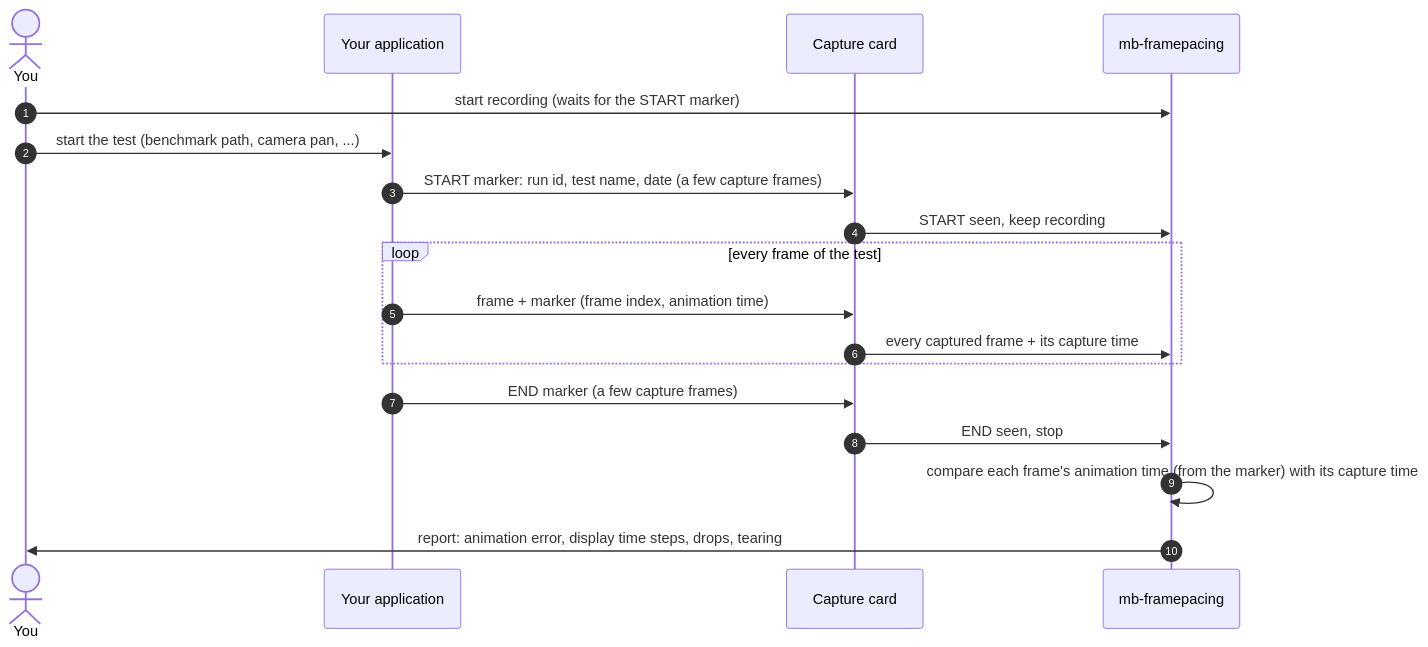
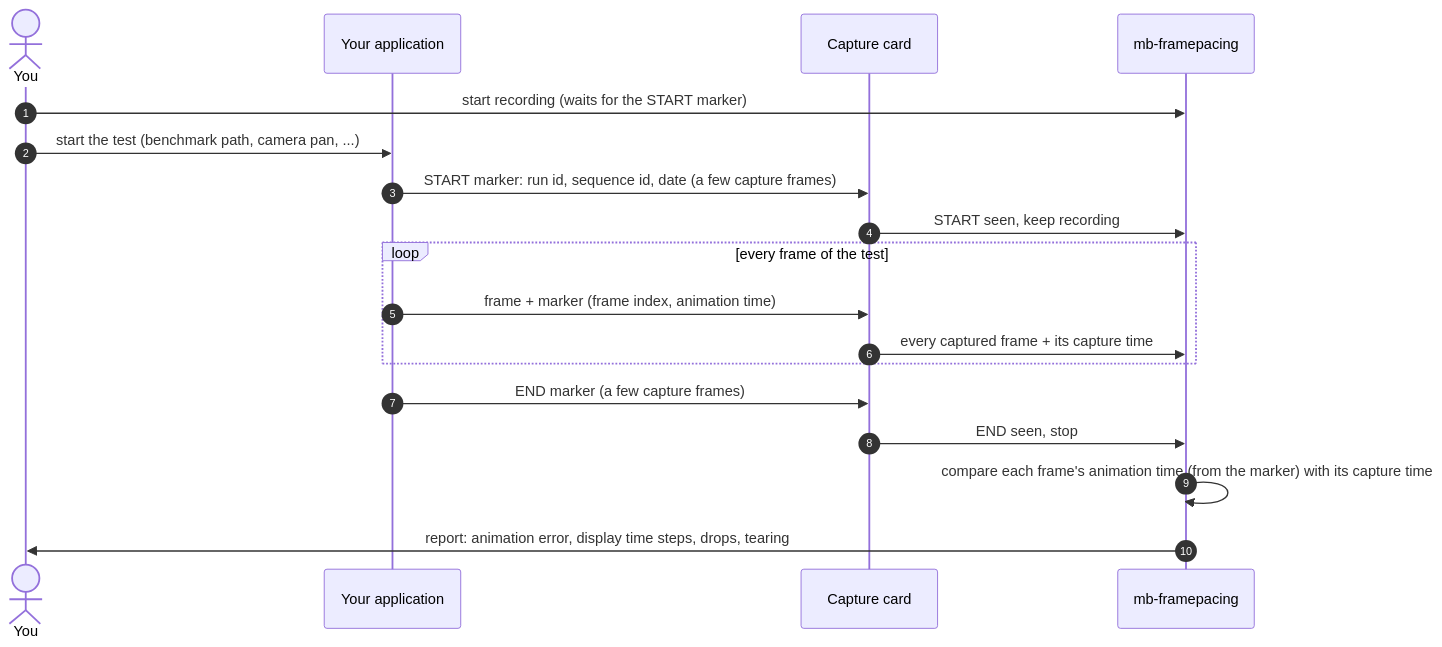
Before and after one commit to Unarmed1000/mb-framepacing: the second of 4 diagrams in README.md, drawn with Mermaid. The commit also changed other lines of this file and 151 other files, not shown here.

````diff
--- a/README.md
+++ b/README.md
@@ -134,20 +134,20 @@
 ```mermaid
 sequenceDiagram
     autonumber
     actor You
     participant App as Your application
     participant Card as Capture card
     participant Tool as mb-framepacing
     You->>Tool: start recording (waits for the START marker)
     You->>App: start the test (benchmark path, camera pan, ...)
-    App->>Card: START marker: run id, test name, date (a few capture frames)
+    App->>Card: START marker: run id, sequence id, date (a few capture frames)
     Card->>Tool: START seen, keep recording
     loop every frame of the test
         App->>Card: frame + marker (frame index, animation time)
         Card->>Tool: every captured frame + its capture time
     end
     App->>Card: END marker (a few capture frames)
     Card->>Tool: END seen, stop
     Tool->>Tool: compare each frame's animation time (from the marker) with its capture time
     Tool->>You: report: animation error, display time steps, drops, tearing
 ```
````
